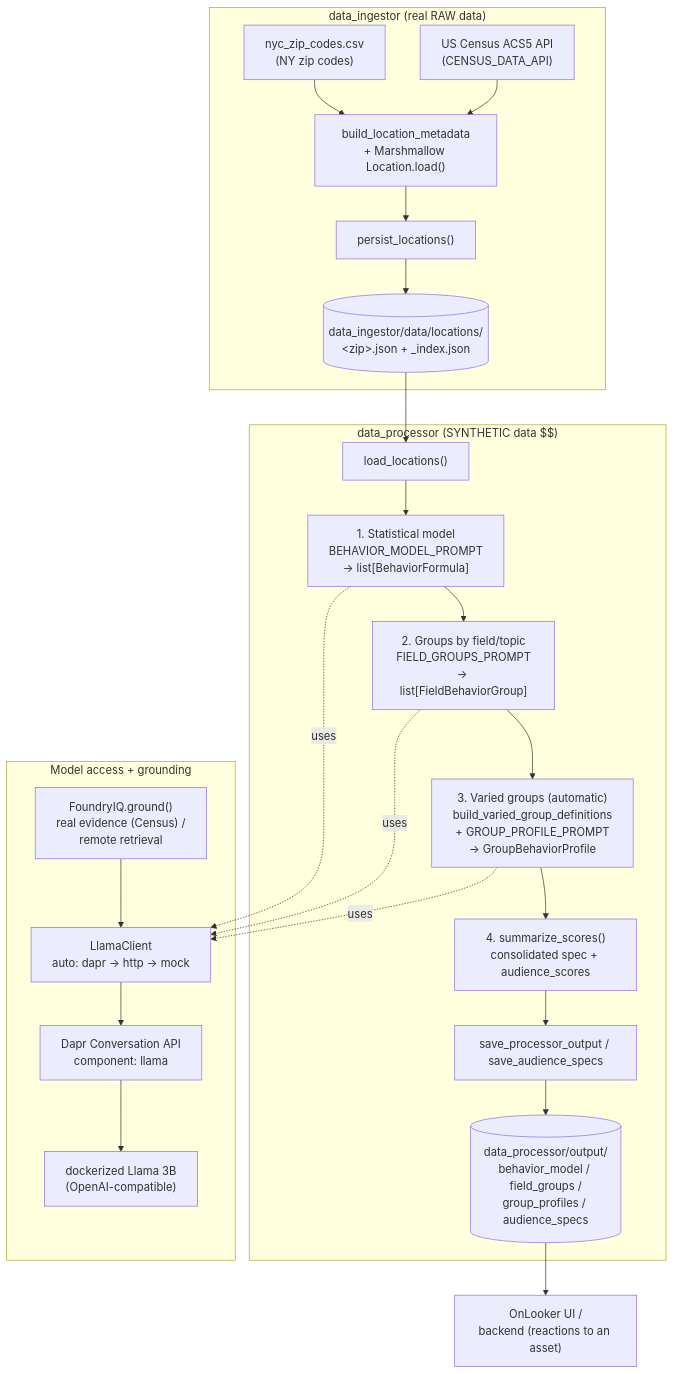
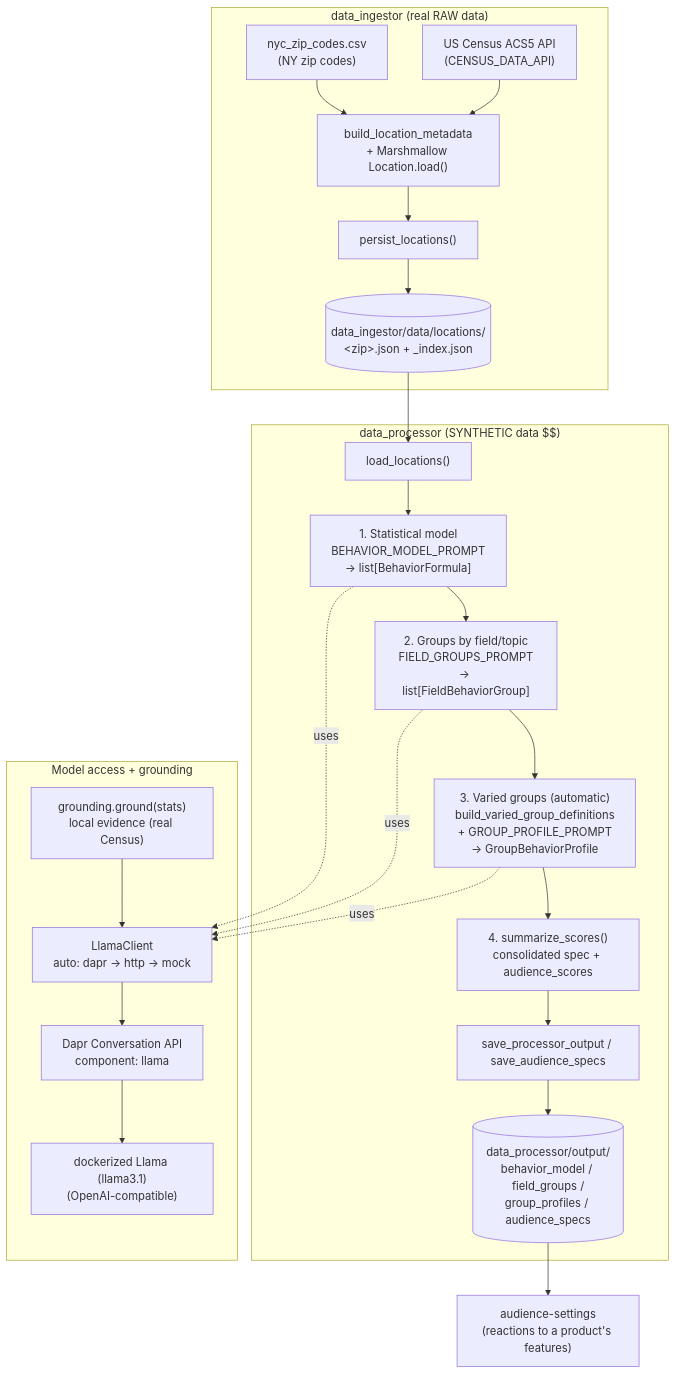
Before and after one commit to YuChan707/UI-AgentPath-2026: the first of 3 diagrams in docs/workflow.md, drawn with Mermaid. The commit also changed other lines of this file and 295 other files, not shown here.

````diff
--- a/docs/workflow.md
+++ b/docs/workflow.md
@@ -9,39 +9,39 @@
 ```mermaid
 flowchart TD
     subgraph INGEST["data_ingestor (real RAW data)"]
         CSV["nyc_zip_codes.csv<br/>(NY zip codes)"]
         CENSUS["US Census ACS5 API<br/>(CENSUS_DATA_API)"]
         BUILD["build_location_metadata<br/>+ Marshmallow Location.load()"]
         PERSIST_LOC["persist_locations()"]
         LOCJSON[("data_ingestor/data/locations/<br/>&lt;zip&gt;.json + _index.json")]
         CSV --> BUILD
         CENSUS --> BUILD
         BUILD --> PERSIST_LOC --> LOCJSON
     end
 
     subgraph PROC["data_processor (SYNTHETIC data $$)"]
         LOAD["load_locations()"]
         P1["1. Statistical model<br/>BEHAVIOR_MODEL_PROMPT<br/>-> list[BehaviorFormula]"]
         P2["2. Groups by field/topic<br/>FIELD_GROUPS_PROMPT<br/>-> list[FieldBehaviorGroup]"]
         P3["3. Varied groups (automatic)<br/>build_varied_group_definitions<br/>+ GROUP_PROFILE_PROMPT<br/>-> GroupBehaviorProfile"]
         P4["4. summarize_scores()<br/>consolidated spec + audience_scores"]
         SAVE["save_processor_output / save_audience_specs"]
         OUTJSON[("data_processor/output/<br/>behavior_model / field_groups /<br/>group_profiles / audience_specs")]
         LOAD --> P1 --> P2 --> P3 --> P4 --> SAVE --> OUTJSON
     end
 
     subgraph LLM["Model access + grounding"]
-        FIQ["FoundryIQ.ground()<br/>real evidence (Census) /<br/>remote retrieval"]
+        FIQ["grounding.ground(stats)<br/>local evidence (real Census)"]
         CLIENT["LlamaClient<br/>auto: dapr -> http -> mock"]
         DAPR["Dapr Conversation API<br/>component: llama"]
-        LLAMA["dockerized Llama 3B<br/>(OpenAI-compatible)"]
+        LLAMA["dockerized Llama (llama3.1)<br/>(OpenAI-compatible)"]
         FIQ --> CLIENT
         CLIENT --> DAPR --> LLAMA
     end
 
     LOCJSON --> LOAD
     P1 -.uses.-> CLIENT
     P2 -.uses.-> CLIENT
     P3 -.uses.-> CLIENT
-    OUTJSON --> UI["OnLooker UI /<br/>backend (reactions to an asset)"]
+    OUTJSON --> AUD["audience-settings<br/>(reactions to a product's features)"]
 ```
````
